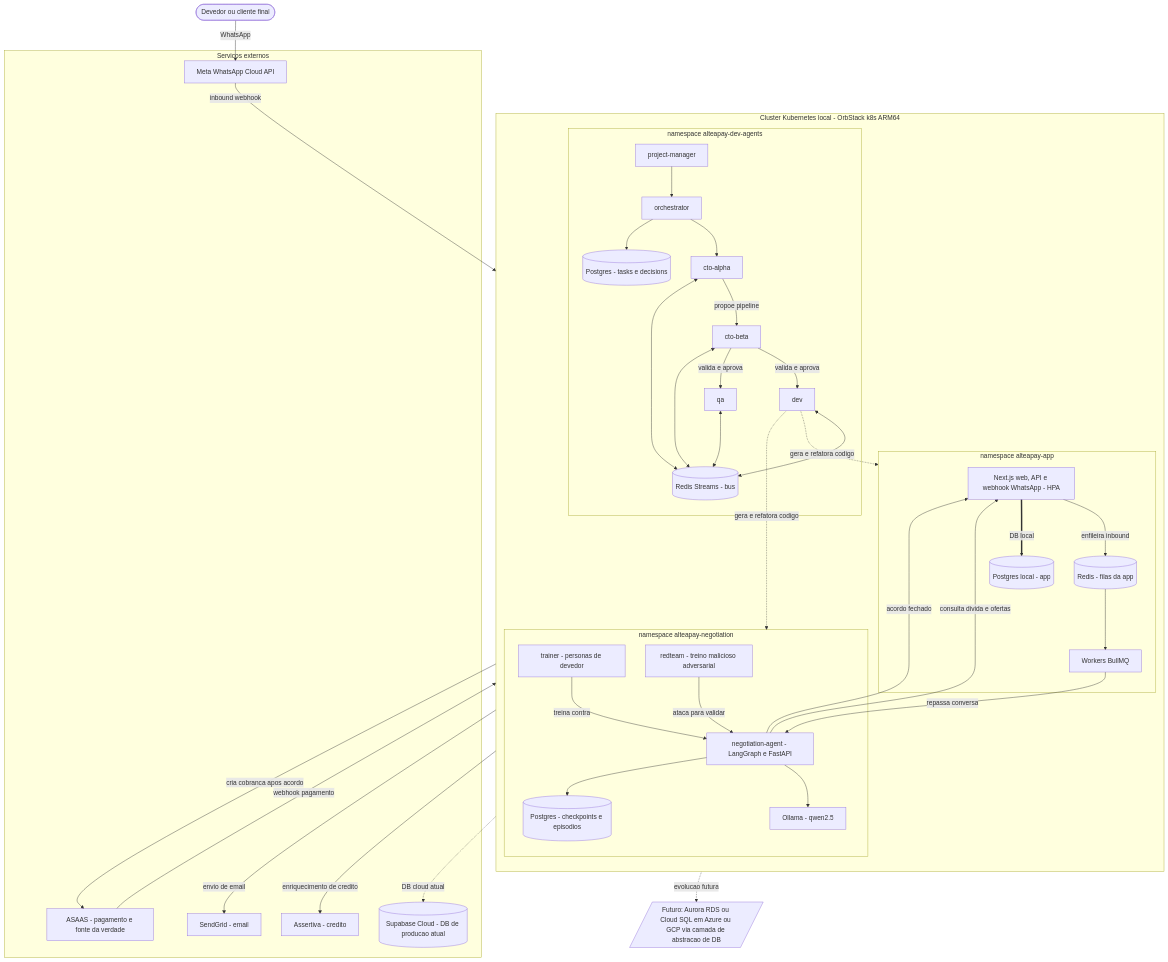
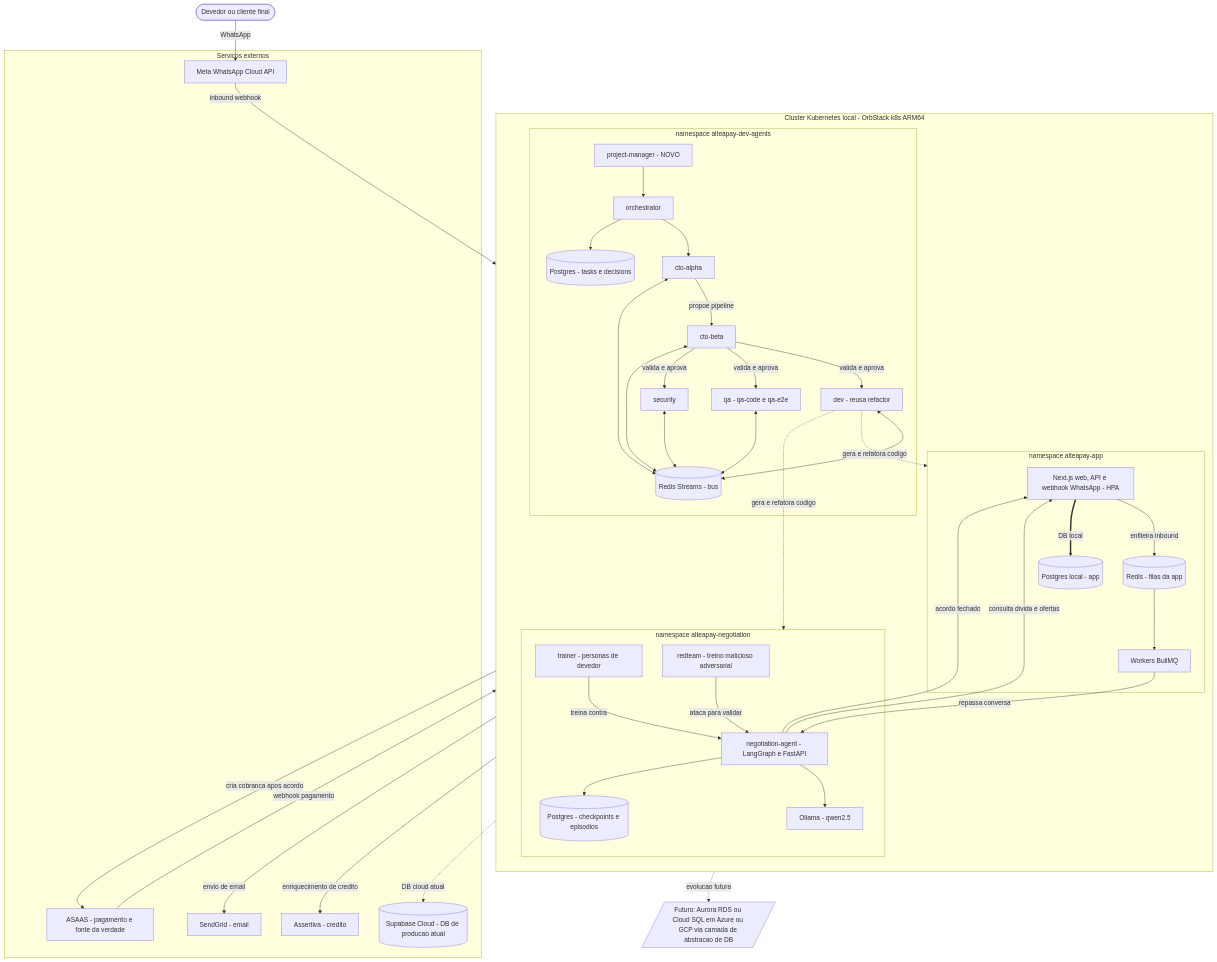
Before and after one commit to BeAltea/altea-pay: the diagram in docs/arquitetura-roadmap-v1.mermaid, drawn with Mermaid.

Commit message:
docs(roadmap-v1): diagrama coerente com Wave 1 (qa=qa-code+qa-e2e, security, pm novo, dev=refactor)

```diff
--- a/docs/arquitetura-roadmap-v1.mermaid
+++ b/docs/arquitetura-roadmap-v1.mermaid
@@ -1,76 +1,79 @@
 flowchart TB
     debtor([Devedor ou cliente final])
 
     subgraph EXT[Servicos externos]
         meta[Meta WhatsApp Cloud API]
         asaas[ASAAS - pagamento e fonte da verdade]
         sendgrid[SendGrid - email]
         assertiva[Assertiva - credito]
         supa[(Supabase Cloud - DB de producao atual)]
     end
 
     subgraph CLUSTER[Cluster Kubernetes local - OrbStack k8s ARM64]
         direction TB
 
         subgraph NS_APP[namespace alteapay-app]
             web[Next.js web, API e webhook WhatsApp - HPA]
             workers[Workers BullMQ]
             appredis[(Redis - filas da app)]
             apppg[(Postgres local - app)]
         end
 
         subgraph NS_NEG[namespace alteapay-negotiation]
             negagent[negotiation-agent - LangGraph e FastAPI]
             trainer[trainer - personas de devedor]
             redteam[redteam - treino malicioso adversarial]
             ollama[Ollama - qwen2.5]
             negpg[(Postgres - checkpoints e episodios)]
         end
 
         subgraph NS_DEV[namespace alteapay-dev-agents]
             orch[orchestrator]
-            pm[project-manager]
+            pm[project-manager - NOVO]
             cto_a[cto-alpha]
             cto_b[cto-beta]
-            dev[dev]
-            qa[qa]
+            dev[dev - reusa refactor]
+            qa[qa - qa-code e qa-e2e]
+            sec[security]
             bus[(Redis Streams - bus)]
             devpg[(Postgres - tasks e decisions)]
         end
     end
 
     dbfuture[/Futuro: Aurora RDS ou Cloud SQL em Azure ou GCP via camada de abstracao de DB/]
 
     %% Plano de dados em runtime
     debtor -- WhatsApp --> meta
     meta -- inbound webhook --> web
     web -- enfileira inbound --> appredis
     appredis --> workers
     workers -- repassa conversa --> negagent
     negagent -- consulta divida e ofertas --> web
     negagent -- acordo fechado --> web
     web -- cria cobranca apos acordo --> asaas
     asaas -- webhook pagamento --> web
     web -- envio de email --> sendgrid
     workers -- enriquecimento de credito --> assertiva
     web -. DB cloud atual .-> supa
     web == DB local ==> apppg
     apppg -. evolucao futura .-> dbfuture
     negagent --> ollama
     negagent --> negpg
     trainer -- treina contra --> negagent
     redteam -- ataca para validar --> negagent
 
     %% Plano de desenvolvimento dos agentes
     pm --> orch
     orch --> cto_a
     cto_a -- propoe pipeline --> cto_b
     cto_b -- valida e aprova --> dev
     cto_b -- valida e aprova --> qa
+    cto_b -- valida e aprova --> sec
     cto_a <--> bus
     cto_b <--> bus
     dev <--> bus
     qa <--> bus
+    sec <--> bus
     orch --> devpg
     dev -. gera e refatora codigo .-> NS_APP
     dev -. gera e refatora codigo .-> NS_NEG
```
